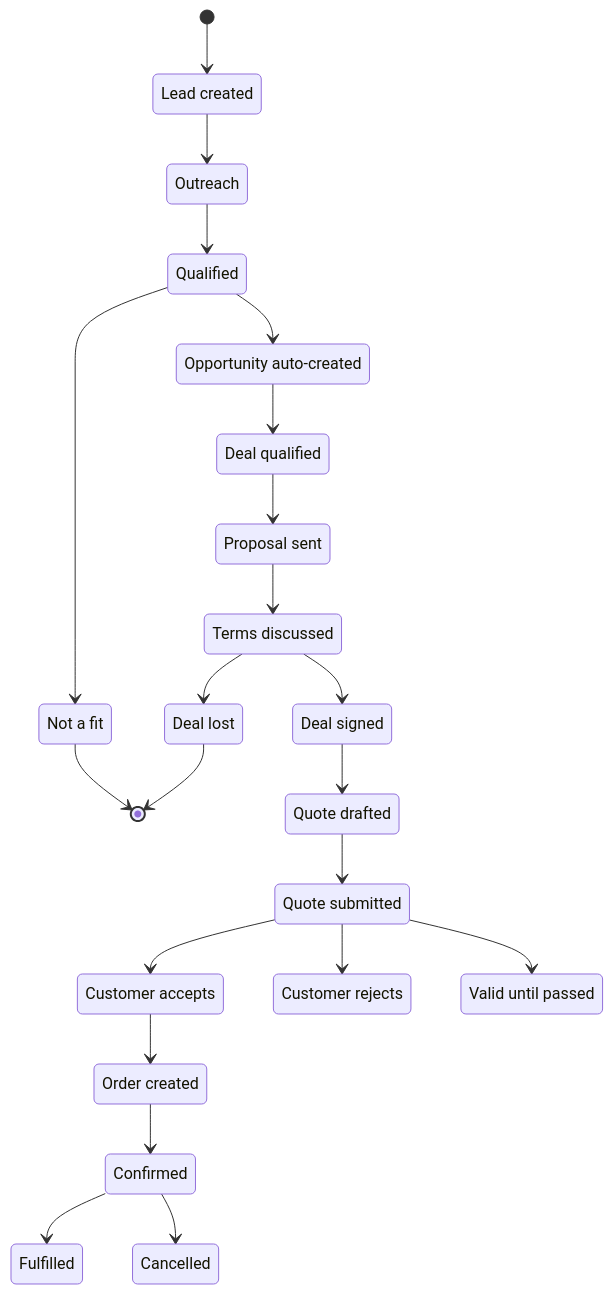
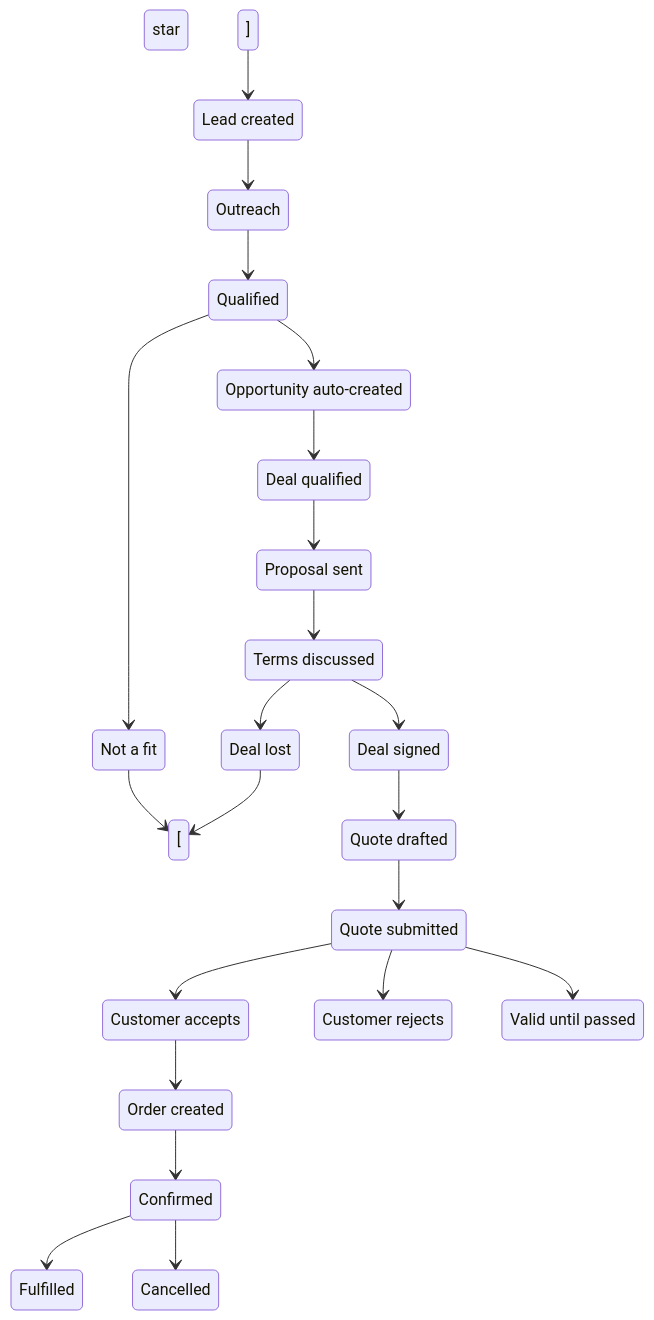
The first of 7 diagrams in docs/modules/sales-crm/sales-crm-guide.md (eltonaguiar/ServiceNow_Learning_TSOM-_CSM_FSM_SalesCRM_HAM_ITSM), drawn with Mermaid before and after one commit. The commit also changed other lines of this file and 19 other files, not shown here.

Commit message:
Fix all Mermaid diagram special characters - replace dollar, parens, slashes, quotes, pipes, nested brackets and other unsafe chars inside brackets with safe alternatives across 19 files

````diff
--- a/docs/modules/sales-crm/sales-crm-guide.md
+++ b/docs/modules/sales-crm/sales-crm-guide.md
@@ -656,46 +656,46 @@
 ```mermaid
 stateDiagram-v2
-    [*] --> Lead_New
+    [ star ] --> Lead_New
     Lead_New --> Lead_Contacted
     Lead_Contacted --> Lead_Qualified
     Lead_Qualified --> Lead_Unqualified
     Lead_Qualified --> Opp_Prospecting
-    Lead_Unqualified --> [*]
+    Lead_Unqualified --> [ star ]
 
     Opp_Prospecting --> Opp_Qualification
     Opp_Qualification --> Opp_Proposal
     Opp_Proposal --> Opp_Negotiation
     Opp_Negotiation --> Opp_Closed_Won
     Opp_Negotiation --> Opp_Closed_Lost
     Opp_Closed_Won --> Quote_Draft
-    Opp_Closed_Lost --> [*]
+    Opp_Closed_Lost --> [ star ]
 
     Quote_Draft --> Quote_Sent
     Quote_Sent --> Quote_Accepted
     Quote_Sent --> Quote_Rejected
     Quote_Sent --> Quote_Expired
     Quote_Accepted --> Order_Draft
     Order_Draft --> Order_Confirmed
     Order_Confirmed --> Order_Fulfilled
     Order_Confirmed --> Order_Cancelled
 
     Lead_New : Lead created
     Lead_Contacted : Outreach
     Lead_Qualified : Qualified
     Lead_Unqualified : Not a fit
     Opp_Prospecting : Opportunity auto-created
     Opp_Qualification : Deal qualified
     Opp_Proposal : Proposal sent
     Opp_Negotiation : Terms discussed
     Opp_Closed_Won : Deal signed
     Opp_Closed_Lost : Deal lost
     Quote_Draft : Quote drafted
     Quote_Sent : Quote submitted
     Quote_Accepted : Customer accepts
     Quote_Rejected : Customer rejects
     Quote_Expired : Valid until passed
     Order_Draft : Order created
     Order_Confirmed : Confirmed
     Order_Fulfilled : Fulfilled
     Order_Cancelled : Cancelled
 ```
````
